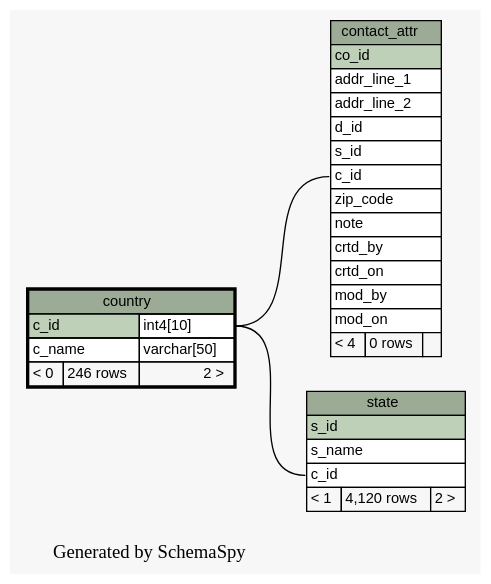
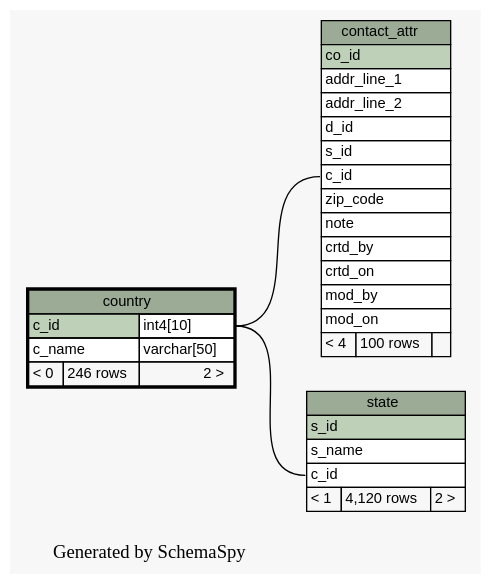
The diagram in docs/database/schemaspy/graphs/country.1degree.dot (engineerscraft/salesforce), drawn with Graphviz before and after one commit. The commit also changed 206 other files, not shown here.

```diff
--- a/docs/database/schemaspy/graphs/country.1degree.dot
+++ b/docs/database/schemaspy/graphs/country.1degree.dot
@@ -1,63 +1,63 @@
 // dot 2.38.0 on Windows 7 6.1
 digraph "oneDegreeRelationshipsGraph" {
   graph [
     rankdir="RL"
     bgcolor="#f7f7f7"
     label="\nGenerated by SchemaSpy"
     labeljust="l"
   ];
   node [
     fontname="Helvetica"
     fontsize="11"
     shape="plaintext"
   ];
   edge [
     arrowsize="0.8"
   ];
   "contact_attr":"c_id":w -> "country":"c_id.type":e [arrowtail=crowodot arrowhead=none];
   "state":"c_id":w -> "country":"c_id.type":e [arrowtail=crowtee arrowhead=none];
   "contact_attr" [
     label=<
     <TABLE BORDER="0" CELLBORDER="1" CELLSPACING="0" BGCOLOR="#ffffff">
       <TR><TD PORT="contact_attr.heading" COLSPAN="3" BGCOLOR="#9bab96" ALIGN="CENTER">contact_attr</TD></TR>
       <TR><TD PORT="co_id" COLSPAN="3" BGCOLOR="#bed1b8" ALIGN="LEFT">co_id</TD></TR>
       <TR><TD PORT="addr_line_1" COLSPAN="3" ALIGN="LEFT">addr_line_1</TD></TR>
       <TR><TD PORT="addr_line_2" COLSPAN="3" ALIGN="LEFT">addr_line_2</TD></TR>
       <TR><TD PORT="d_id" COLSPAN="3" ALIGN="LEFT">d_id</TD></TR>
       <TR><TD PORT="s_id" COLSPAN="3" ALIGN="LEFT">s_id</TD></TR>
       <TR><TD PORT="c_id" COLSPAN="3" ALIGN="LEFT">c_id</TD></TR>
       <TR><TD PORT="zip_code" COLSPAN="3" ALIGN="LEFT">zip_code</TD></TR>
       <TR><TD PORT="note" COLSPAN="3" ALIGN="LEFT">note</TD></TR>
       <TR><TD PORT="crtd_by" COLSPAN="3" ALIGN="LEFT">crtd_by</TD></TR>
       <TR><TD PORT="crtd_on" COLSPAN="3" ALIGN="LEFT">crtd_on</TD></TR>
       <TR><TD PORT="mod_by" COLSPAN="3" ALIGN="LEFT">mod_by</TD></TR>
       <TR><TD PORT="mod_on" COLSPAN="3" ALIGN="LEFT">mod_on</TD></TR>
-      <TR><TD ALIGN="LEFT" BGCOLOR="#f7f7f7">&lt; 4</TD><TD ALIGN="RIGHT" BGCOLOR="#f7f7f7">0 rows</TD><TD ALIGN="RIGHT" BGCOLOR="#f7f7f7">  </TD></TR>
+      <TR><TD ALIGN="LEFT" BGCOLOR="#f7f7f7">&lt; 4</TD><TD ALIGN="RIGHT" BGCOLOR="#f7f7f7">100 rows</TD><TD ALIGN="RIGHT" BGCOLOR="#f7f7f7">  </TD></TR>
     </TABLE>>
     URL="contact_attr.html#graph"
     tooltip="contact_attr"
   ];
   "country" [
     label=<
     <TABLE BORDER="2" CELLBORDER="1" CELLSPACING="0" BGCOLOR="#ffffff">
       <TR><TD PORT="country.heading" COLSPAN="3" BGCOLOR="#9bab96" ALIGN="CENTER">country</TD></TR>
       <TR><TD PORT="c_id" COLSPAN="2" BGCOLOR="#bed1b8" ALIGN="LEFT">c_id</TD><TD PORT="c_id.type" ALIGN="LEFT">int4[10]</TD></TR>
       <TR><TD PORT="c_name" COLSPAN="2" ALIGN="LEFT">c_name</TD><TD PORT="c_name.type" ALIGN="LEFT">varchar[50]</TD></TR>
       <TR><TD ALIGN="LEFT" BGCOLOR="#f7f7f7">&lt; 0</TD><TD ALIGN="RIGHT" BGCOLOR="#f7f7f7">246 rows</TD><TD ALIGN="RIGHT" BGCOLOR="#f7f7f7">2 &gt;</TD></TR>
     </TABLE>>
     URL="country.html#"
     tooltip="country"
   ];
   "state" [
     label=<
     <TABLE BORDER="0" CELLBORDER="1" CELLSPACING="0" BGCOLOR="#ffffff">
       <TR><TD PORT="state.heading" COLSPAN="3" BGCOLOR="#9bab96" ALIGN="CENTER">state</TD></TR>
       <TR><TD PORT="s_id" COLSPAN="3" BGCOLOR="#bed1b8" ALIGN="LEFT">s_id</TD></TR>
       <TR><TD PORT="s_name" COLSPAN="3" ALIGN="LEFT">s_name</TD></TR>
       <TR><TD PORT="c_id" COLSPAN="3" ALIGN="LEFT">c_id</TD></TR>
       <TR><TD ALIGN="LEFT" BGCOLOR="#f7f7f7">&lt; 1</TD><TD ALIGN="RIGHT" BGCOLOR="#f7f7f7">4,120 rows</TD><TD ALIGN="RIGHT" BGCOLOR="#f7f7f7">2 &gt;</TD></TR>
     </TABLE>>
     URL="state.html#graph"
     tooltip="state"
   ];
 }
```
